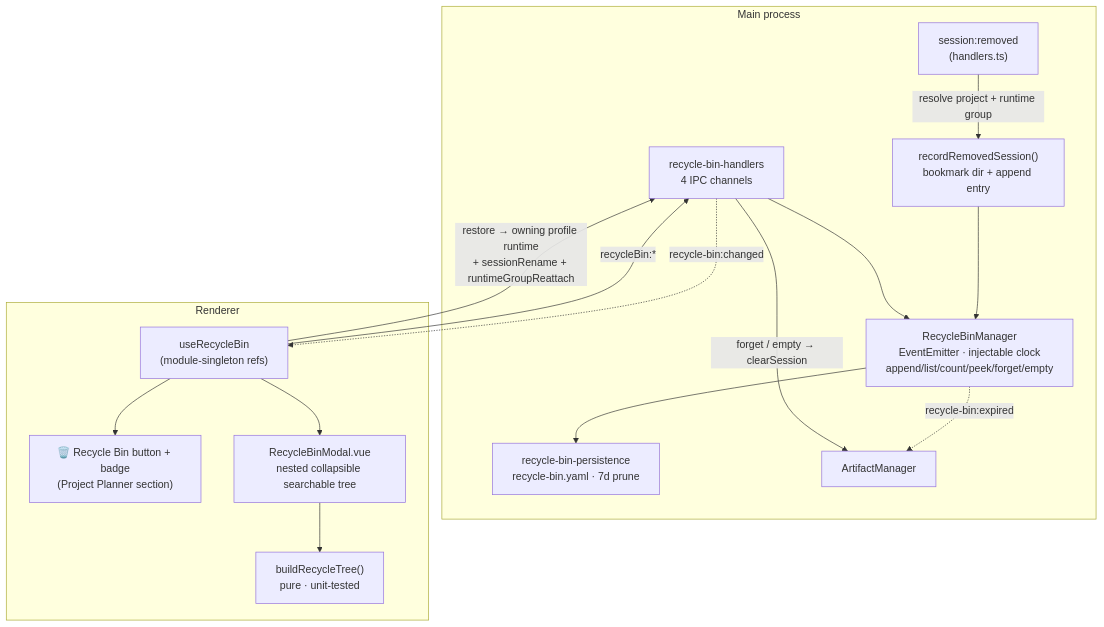
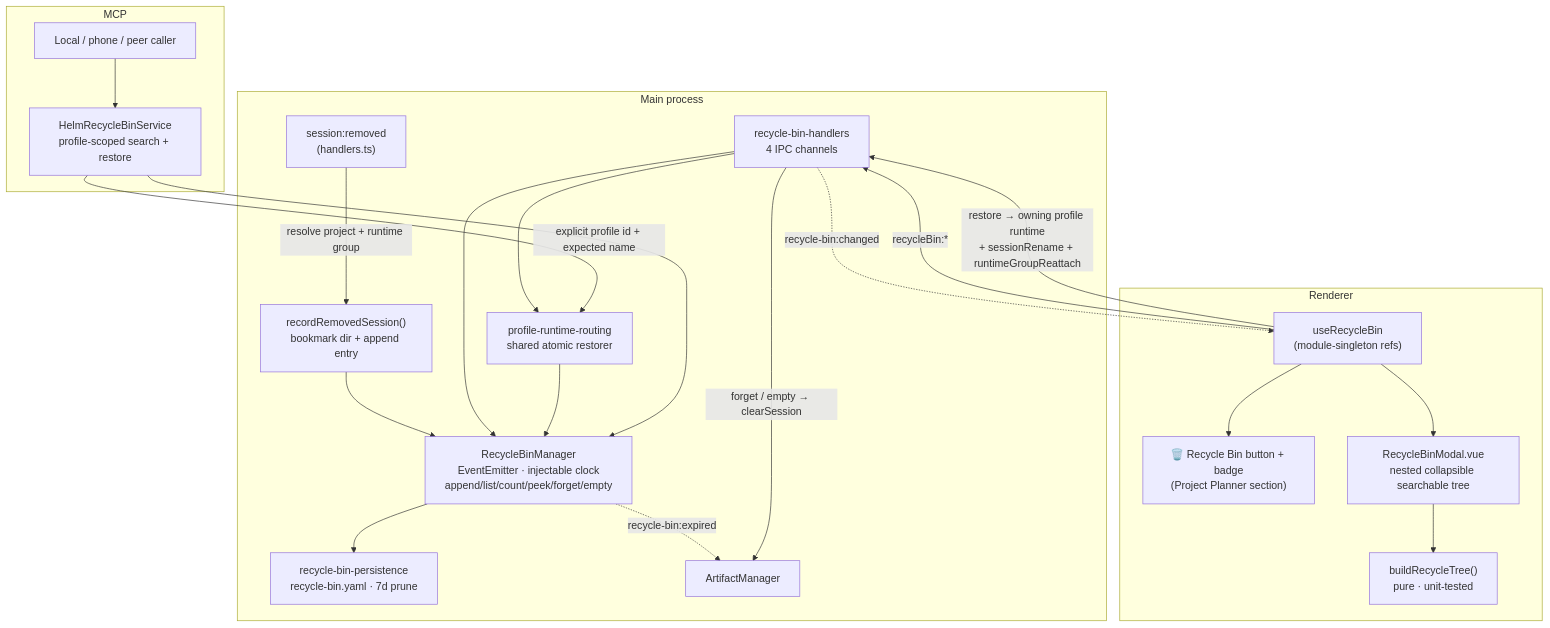
One commit to PetePeter/helm changed the diagram in docs/recycle-bin.md. Above: the diagram before and after it, drawn with Mermaid. The commit also changed other lines of this file and 18 other files, not shown here.

First line of the commit message:
feat(mcp): recycle_bin_search and recycle_bin_restore tools (P-1215)

````diff
--- a/docs/recycle-bin.md
+++ b/docs/recycle-bin.md
@@ -25,26 +25,35 @@
 ```mermaid
 graph TB
     subgraph Main["Main process"]
         SR["session:removed<br/>(handlers.ts)"]
         RRS["recordRemovedSession()<br/>bookmark dir + append entry"]
         RBM["RecycleBinManager<br/>EventEmitter · injectable clock<br/>append/list/count/peek/forget/empty"]
         RBP["recycle-bin-persistence<br/>recycle-bin.yaml · 7d prune"]
         RBH["recycle-bin-handlers<br/>4 IPC channels"]
+        RBR["profile-runtime-routing<br/>shared atomic restorer"]
         AM["ArtifactManager"]
         SR -->|"resolve project + runtime group"| RRS --> RBM --> RBP
         RBH --> RBM
+        RBH --> RBR
+        RBR --> RBM
         RBM -. "recycle-bin:expired" .-> AM
         RBH -->|"forget / empty → clearSession"| AM
+    end
+    subgraph MCP["MCP"]
+        MCPC["Local / phone / peer caller"]
+        RBS["HelmRecycleBinService<br/>profile-scoped search + restore"]
+        MCPC --> RBS --> RBM
+        RBS -->|"explicit profile id + expected name"| RBR
     end
     subgraph Renderer
         URB["useRecycleBin<br/>(module-singleton refs)"]
         BADGE["🗑️ Recycle Bin button + badge<br/>(Project Planner section)"]
         MODAL["RecycleBinModal.vue<br/>nested collapsible searchable tree"]
         TREE["buildRecycleTree()<br/>pure · unit-tested"]
         URB --> BADGE & MODAL
         MODAL --> TREE
     end
     RBH -. "recycle-bin:changed" .-> URB
     URB -->|"recycleBin:*"| RBH
     URB -->|"restore → owning profile runtime<br/>+ sessionRename + runtimeGroupReattach"| RBH
 ```
````
